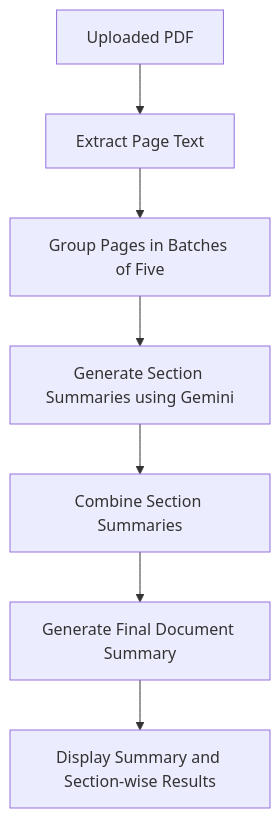
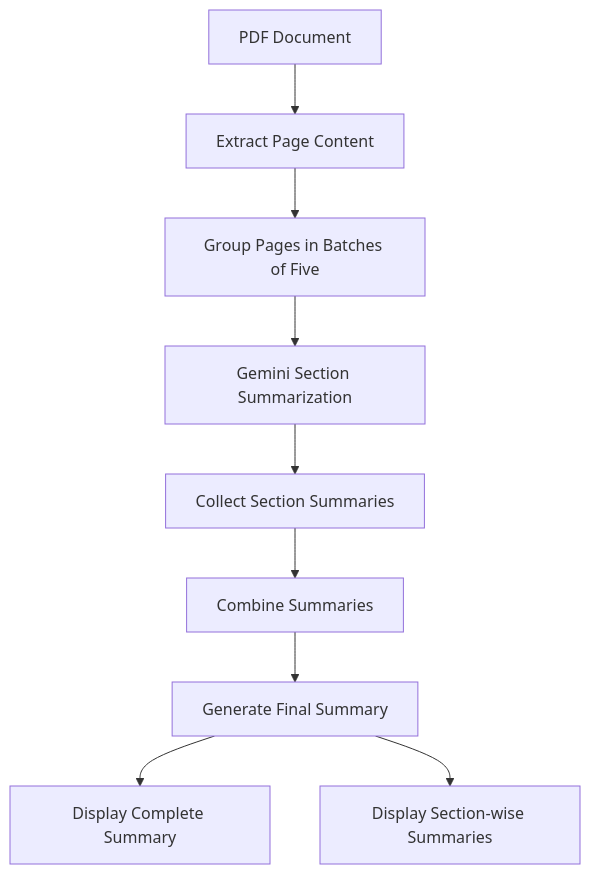
Before and after one commit to devanshikhandelwal/DocuMind: the second of 2 diagrams in README.md, drawn with Mermaid. The commit also changed other lines of this file, not shown here.

````diff
--- a/README.md
+++ b/README.md
@@ -72,9 +269,11 @@
 ```mermaid
 flowchart TD
-    A["Uploaded PDF"] --> B["Extract Page Text"]
+    A["PDF Document"] --> B["Extract Page Content"]
     B --> C["Group Pages in Batches of Five"]
-    C --> D["Generate Section Summaries using Gemini"]
-    D --> E["Combine Section Summaries"]
-    E --> F["Generate Final Document Summary"]
-    F --> G["Display Summary and Section-wise Results"]
+    C --> D["Gemini Section Summarization"]
+    D --> E["Collect Section Summaries"]
+    E --> F["Combine Summaries"]
+    F --> G["Generate Final Summary"]
+    G --> H["Display Complete Summary"]
+    G --> I["Display Section-wise Summaries"]
 ```
````
